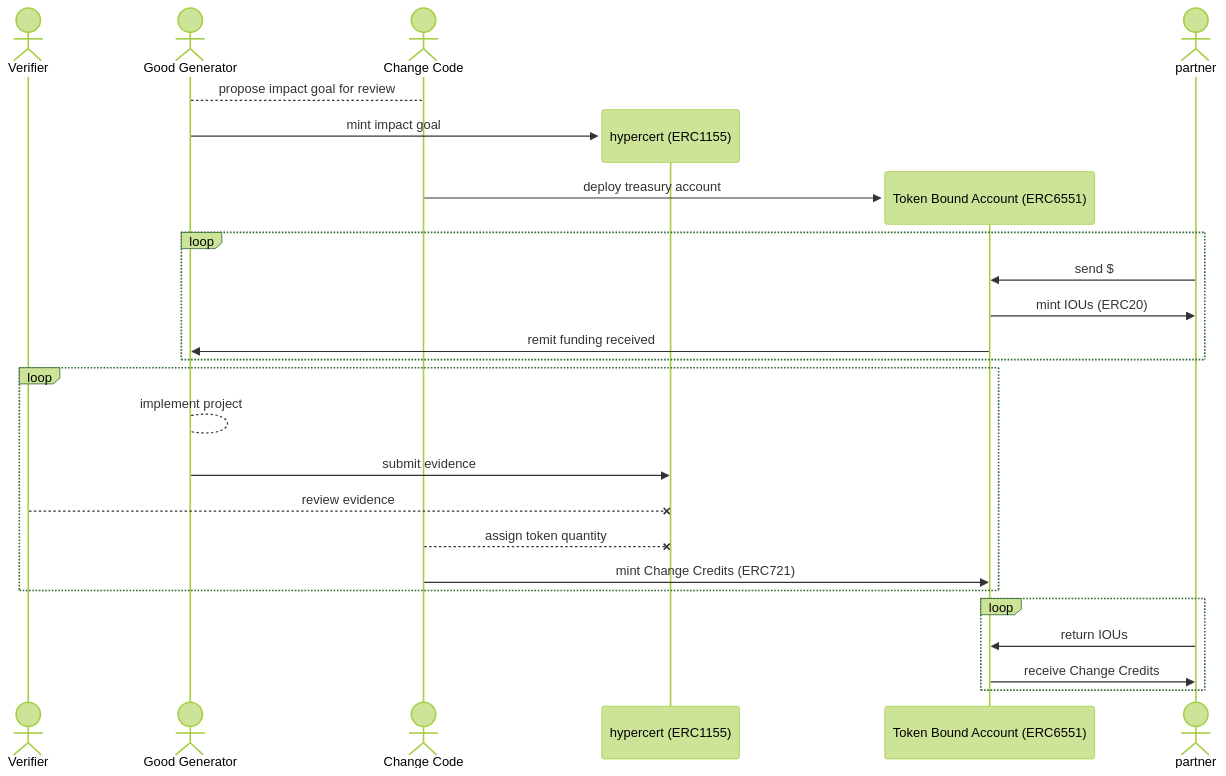
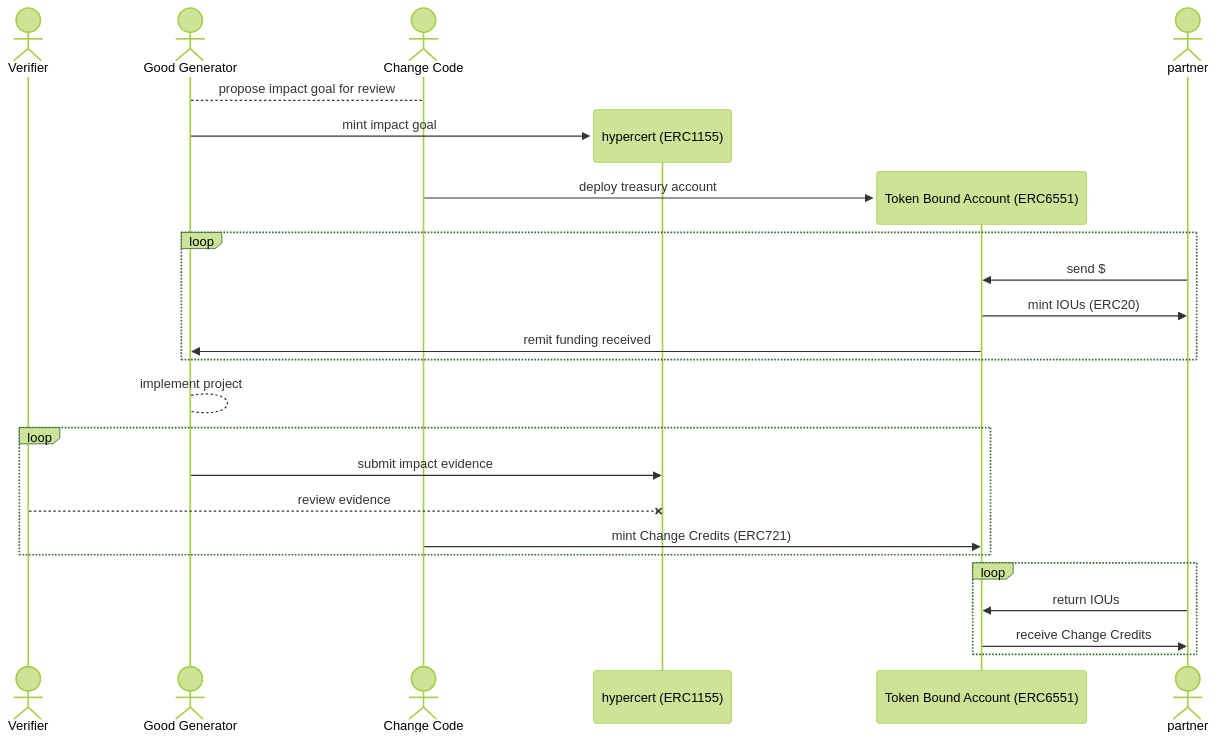
The diagram in change-credits/cc-minting.md (change-code-io/docs), drawn with Mermaid (forest theme) before and after one commit. The commit also changed 1 other file, not shown here.

Commit message:
first pass on verification diagram

````diff
--- a/change-credits/cc-minting.md
+++ b/change-credits/cc-minting.md
@@ -24,29 +24,28 @@
 ```mermaid
 sequenceDiagram
     actor Verifier
     actor Good Generator
     actor Change Code
     Good Generator-->Change Code: propose impact goal for review
     create participant hypercert (ERC1155)
     Good Generator->>hypercert (ERC1155): mint impact goal
     actor Change Code
     create participant Token Bound Account (ERC6551)
     Change Code->>Token Bound Account (ERC6551): deploy treasury account
     actor partner
     loop
         partner->>Token Bound Account (ERC6551): send $
         Token Bound Account (ERC6551)->>partner: mint IOUs (ERC20)
         Token Bound Account (ERC6551)->>Good Generator: remit funding received
     end
+    Good Generator-->Good Generator: implement project
     loop
-        Good Generator-->Good Generator: implement project
-        Good Generator->>hypercert (ERC1155): submit evidence
+        Good Generator->>hypercert (ERC1155): submit impact evidence
         Verifier--xhypercert (ERC1155): review evidence
-        Change Code--xhypercert (ERC1155): assign token quantity
         Change Code->>Token Bound Account (ERC6551): mint Change Credits (ERC721)
     end
     Loop
         partner->>Token Bound Account (ERC6551): return IOUs
         Token Bound Account (ERC6551)->>partner: receive Change Credits
     end
 ```
````
